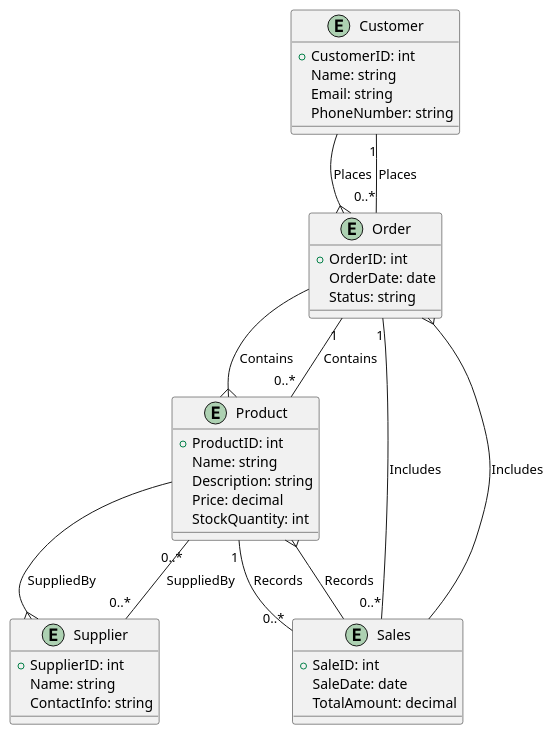
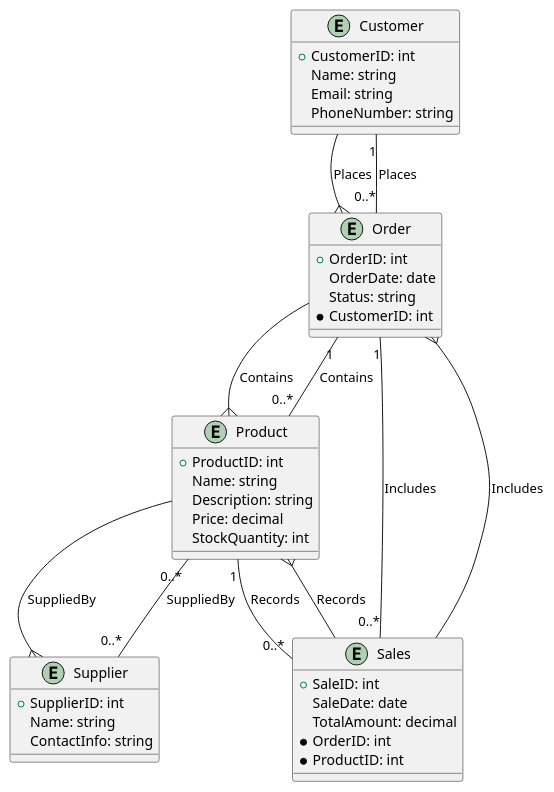
Before and after one commit to andikatjacobdennis/T-SQL: the diagram in ER Diagram.puml, drawn with PlantUML.

Commit message:
Update ER Diagram.puml

```diff
--- a/ER Diagram.puml
+++ b/ER Diagram.puml
@@ -1,51 +1,54 @@
 @startuml
 
 ' Define the entities
 entity "Customer" as customer {
     +CustomerID: int
     Name: string
     Email: string
     PhoneNumber: string
 }
 
 entity "Order" as order {
     +OrderID: int
     OrderDate: date
     Status: string
+    *CustomerID: int
 }
 
 entity "Product" as product {
     +ProductID: int
     Name: string
     Description: string
     Price: decimal
     StockQuantity: int
 }
 
 entity "Sales" as sales {
     +SaleID: int
     SaleDate: date
     TotalAmount: decimal
+    *OrderID: int
+    *ProductID: int
 }
 
 entity "Supplier" as supplier {
     +SupplierID: int
     Name: string
     ContactInfo: string
 }
 
 ' Define relationships
 customer --{ order : Places
 order --{ product : Contains
 product --{ supplier : SuppliedBy
 sales --{ order : Includes
 sales --{ product : Records
 
 ' Define cardinality
 customer "1" -- "0..*" order : Places
 order "1" -- "0..*" product : Contains
 product "0..*" -- "0..*" supplier : SuppliedBy
 order "1" -- "0..*" sales : Includes
 product "1" -- "0..*" sales : Records
 
 @enduml
```
